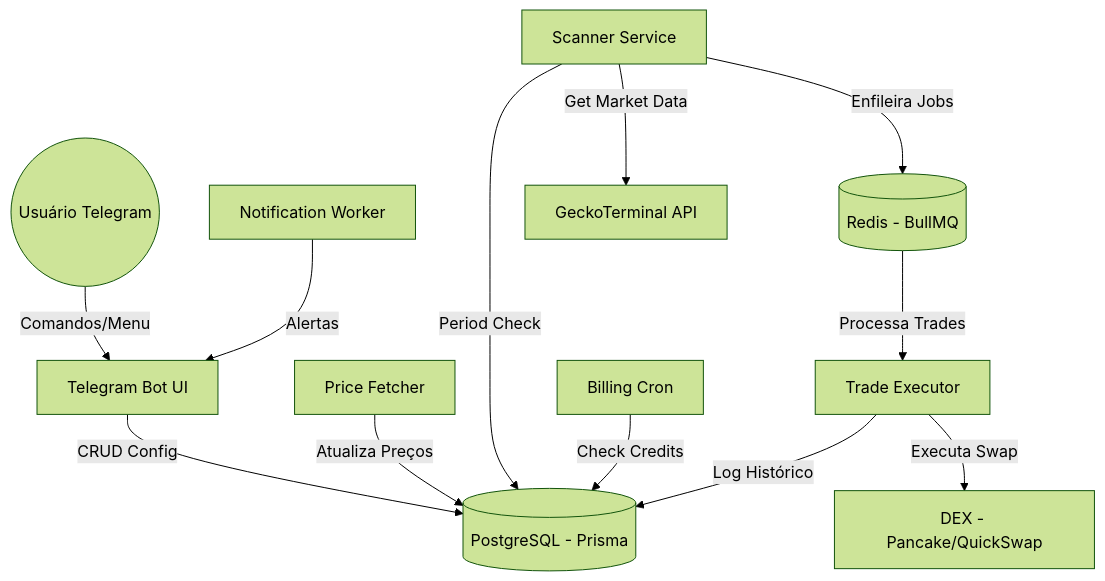
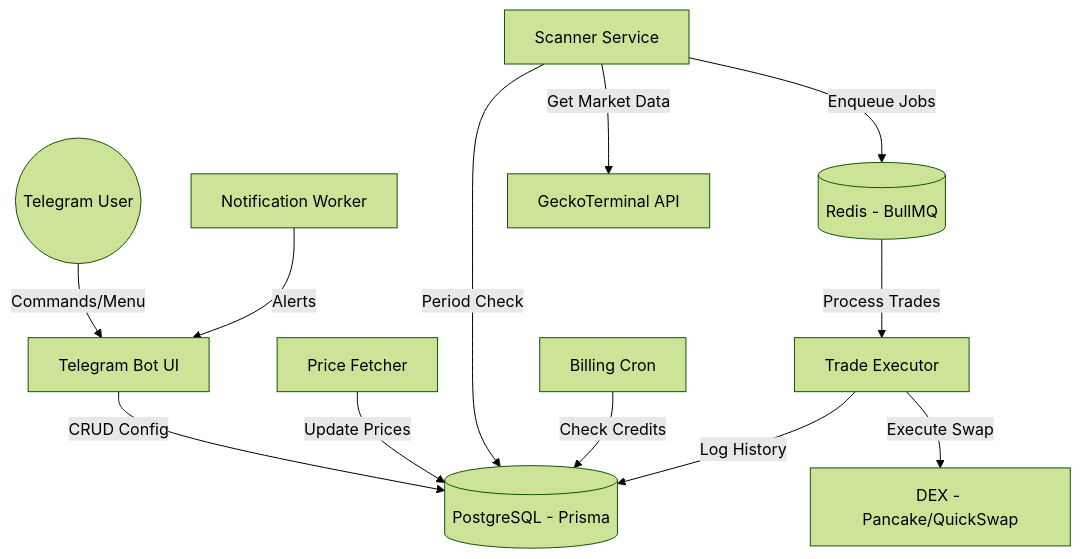
The first of 3 diagrams in docs/ARCHITECTURE.md (alanvito1/bcoin_sen_blockchain_trader), drawn with Mermaid (forest theme) before and after one commit. The commit also changed other lines of this file and 88 other files, not shown here.

````diff
--- a/docs/ARCHITECTURE.md
+++ b/docs/ARCHITECTURE.md
@@ -7,26 +7,26 @@
 ```mermaid
 graph TD
-    User((Usuário Telegram))
+    User((Telegram User))
     Bot[Telegram Bot UI]
     DB[(PostgreSQL - Prisma)]
     Queue[(Redis - BullMQ)]
     Worker[Trade Executor]
     Scanner[Scanner Service]
     PriceFetcher[Price Fetcher]
     Billing[Billing Cron]
     Notification[Notification Worker]
     API[GeckoTerminal API]
     DEX[DEX - Pancake/QuickSwap]
     
-    User -->|Comandos/Menu| Bot
+    User -->|Commands/Menu| Bot
     Bot -->|CRUD Config| DB
-    PriceFetcher -->|Atualiza Preços| DB
+    PriceFetcher -->|Update Prices| DB
     Scanner -->|Period Check| DB
     Scanner -->|Get Market Data| API
-    Scanner -->|Enfileira Jobs| Queue
-    Queue -->|Processa Trades| Worker
+    Scanner -->|Enqueue Jobs| Queue
+    Queue -->|Process Trades| Worker
     Billing -->|Check Credits| DB
-    Worker -->|Executa Swap| DEX
-    Worker -->|Log Histórico| DB
-    Notification -->|Alertas| Bot
+    Worker -->|Execute Swap| DEX
+    Worker -->|Log History| DB
+    Notification -->|Alerts| Bot
 ```
````
